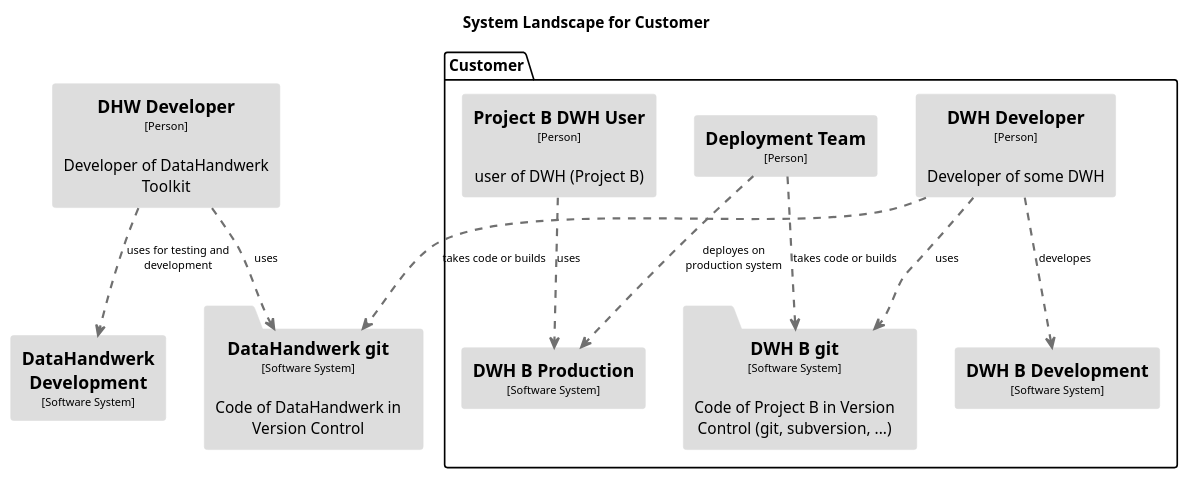
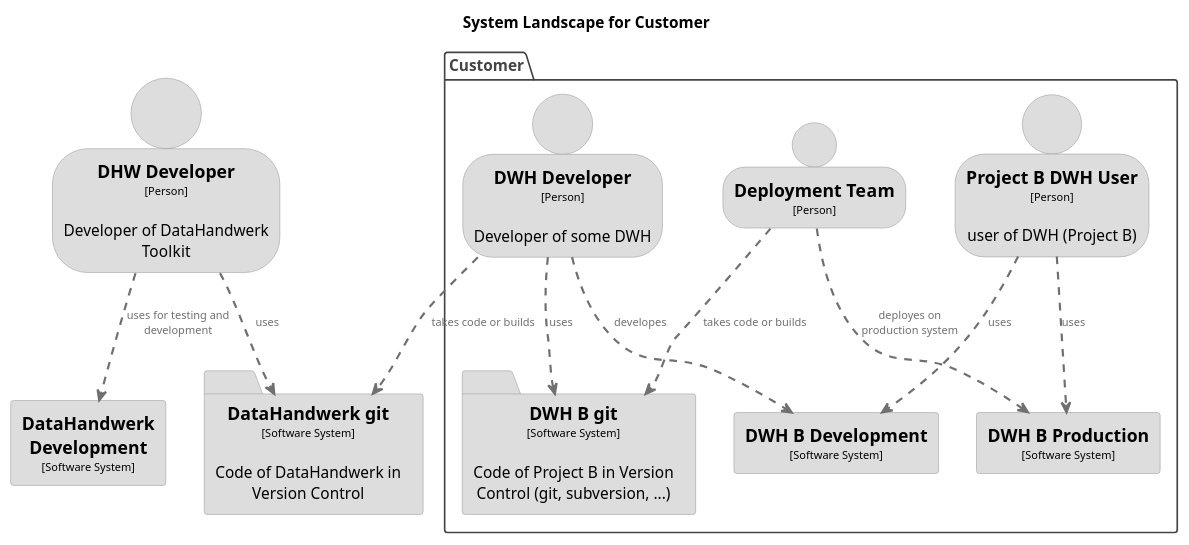
One commit to DataHandwerk/dhw-antora-docs changed the diagram in docs/modules/arc/partials/c4_dsl/puml/structurizr-SystemLandscape.puml. Above: the diagram before and after it, drawn with PlantUML. The commit also changed 20 other files, not shown here.

Commit message:
update architecture a bit

```diff
--- a/docs/modules/arc/partials/c4_dsl/puml/structurizr-SystemLandscape.puml
+++ b/docs/modules/arc/partials/c4_dsl/puml/structurizr-SystemLandscape.puml
@@ -1,77 +1,87 @@
-@startuml(id=SystemLandscape)
+@startuml
 title System Landscape for Customer
+
+top to bottom direction
 
 skinparam {
   shadowing false
   arrowFontSize 10
   defaultTextAlignment center
   wrapWidth 200
   maxMessageSize 100
 }
+
 hide stereotype
-top to bottom direction
-skinparam rectangle<<1>> {
+
+skinparam person<<DHWDeveloper>> {
   BackgroundColor #dddddd
   FontColor #000000
-  BorderColor #dddddd
+  BorderColor #9a9a9a
 }
-skinparam folder<<35>> {
+skinparam rectangle<<DWHBDevelopment>> {
   BackgroundColor #dddddd
   FontColor #000000
-  BorderColor #dddddd
+  BorderColor #9a9a9a
 }
-skinparam rectangle<<2>> {
+skinparam rectangle<<DWHBProduction>> {
   BackgroundColor #dddddd
   FontColor #000000
-  BorderColor #dddddd
+  BorderColor #9a9a9a
 }
-skinparam rectangle<<3>> {
+skinparam folder<<DWHBgit>> {
   BackgroundColor #dddddd
   FontColor #000000
-  BorderColor #dddddd
+  BorderColor #9a9a9a
 }
-skinparam rectangle<<4>> {
+skinparam person<<DWHDeveloper>> {
   BackgroundColor #dddddd
   FontColor #000000
-  BorderColor #dddddd
+  BorderColor #9a9a9a
 }
-skinparam rectangle<<28>> {
+skinparam rectangle<<DataHandwerkDevelopment>> {
   BackgroundColor #dddddd
   FontColor #000000
-  BorderColor #dddddd
+  BorderColor #9a9a9a
 }
-skinparam folder<<30>> {
+skinparam folder<<DataHandwerkgit>> {
   BackgroundColor #dddddd
   FontColor #000000
-  BorderColor #dddddd
+  BorderColor #9a9a9a
 }
-skinparam rectangle<<31>> {
+skinparam person<<DeploymentTeam>> {
   BackgroundColor #dddddd
   FontColor #000000
-  BorderColor #dddddd
+  BorderColor #9a9a9a
 }
-skinparam rectangle<<32>> {
+skinparam person<<ProjectBDWHUser>> {
   BackgroundColor #dddddd
   FontColor #000000
-  BorderColor #dddddd
+  BorderColor #9a9a9a
 }
-rectangle "==DHW Developer\n<size:10>[Person]</size>\n\nDeveloper of DataHandwerk Toolkit" <<31>> as 31
-rectangle "==DataHandwerk Development\n<size:10>[Software System]</size>" <<32>> as 32
-folder "==DataHandwerk git\n<size:10>[Software System]</size>\n\nCode of DataHandwerk in Version Control" <<35>> as 35
-package "Customer" {
-  rectangle "==DWH Developer\n<size:10>[Person]</size>\n\nDeveloper of some DWH" <<1>> as 1
-  rectangle "==Deployment Team\n<size:10>[Person]</size>" <<2>> as 2
-  rectangle "==Project B DWH User\n<size:10>[Person]</size>\n\nuser of DWH (Project B)" <<3>> as 3
-  rectangle "==DWH B Development\n<size:10>[Software System]</size>" <<4>> as 4
-  rectangle "==DWH B Production\n<size:10>[Software System]</size>" <<28>> as 28
-  folder "==DWH B git\n<size:10>[Software System]</size>\n\nCode of Project B in Version Control (git, subversion, ...)" <<30>> as 30
+
+package "Customer" <<enterprise>> {
+  skinparam PackageBorderColor<<enterprise>> #444444
+  skinparam PackageFontColor<<enterprise>> #444444
+
+  person "==DWH Developer\n<size:10>[Person]</size>\n\nDeveloper of some DWH" <<DWHDeveloper>> as DWHDeveloper
+  person "==Deployment Team\n<size:10>[Person]</size>" <<DeploymentTeam>> as DeploymentTeam
+  person "==Project B DWH User\n<size:10>[Person]</size>\n\nuser of DWH (Project B)" <<ProjectBDWHUser>> as ProjectBDWHUser
+  rectangle "==DWH B Production\n<size:10>[Software System]</size>" <<DWHBProduction>> as DWHBProduction
+  rectangle "==DWH B Development\n<size:10>[Software System]</size>" <<DWHBDevelopment>> as DWHBDevelopment
+  folder "==DWH B git\n<size:10>[Software System]</size>\n\nCode of Project B in Version Control (git, subversion, ...)" <<DWHBgit>> as DWHBgit
 }
-31 .[#707070,thickness=2].> 32 : "uses for testing and development"
-31 .[#707070,thickness=2].> 35 : "uses"
-1 .[#707070,thickness=2].> 4 : "developes"
-1 .[#707070,thickness=2].> 30 : "uses"
-1 .[#707070,thickness=2].> 35 : "takes code or builds"
-2 .[#707070,thickness=2].> 28 : "deployes on production system"
-2 .[#707070,thickness=2].> 30 : "takes code or builds"
-3 .[#707070,thickness=2].> 28 : "uses"
+
+person "==DHW Developer\n<size:10>[Person]</size>\n\nDeveloper of DataHandwerk Toolkit" <<DHWDeveloper>> as DHWDeveloper
+rectangle "==DataHandwerk Development\n<size:10>[Software System]</size>" <<DataHandwerkDevelopment>> as DataHandwerkDevelopment
+folder "==DataHandwerk git\n<size:10>[Software System]</size>\n\nCode of DataHandwerk in Version Control" <<DataHandwerkgit>> as DataHandwerkgit
+
+DHWDeveloper .[#707070,thickness=2].> DataHandwerkDevelopment : "<color:#707070>uses for testing and development"
+DHWDeveloper .[#707070,thickness=2].> DataHandwerkgit : "<color:#707070>uses"
+DWHDeveloper .[#707070,thickness=2].> DataHandwerkgit : "<color:#707070>takes code or builds"
+DWHDeveloper .[#707070,thickness=2].> DWHBDevelopment : "<color:#707070>developes"
+DWHDeveloper .[#707070,thickness=2].> DWHBgit : "<color:#707070>uses"
+DeploymentTeam .[#707070,thickness=2].> DWHBgit : "<color:#707070>takes code or builds"
+DeploymentTeam .[#707070,thickness=2].> DWHBProduction : "<color:#707070>deployes on production system"
+ProjectBDWHUser .[#707070,thickness=2].> DWHBProduction : "<color:#707070>uses"
+ProjectBDWHUser .[#707070,thickness=2].> DWHBDevelopment : "<color:#707070>uses"
 @enduml
```
